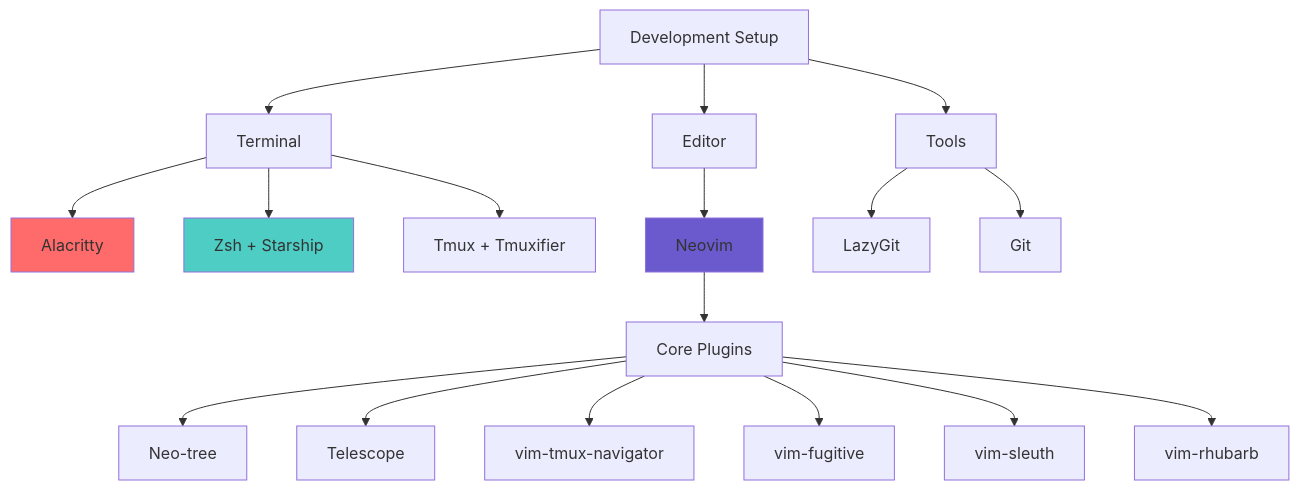
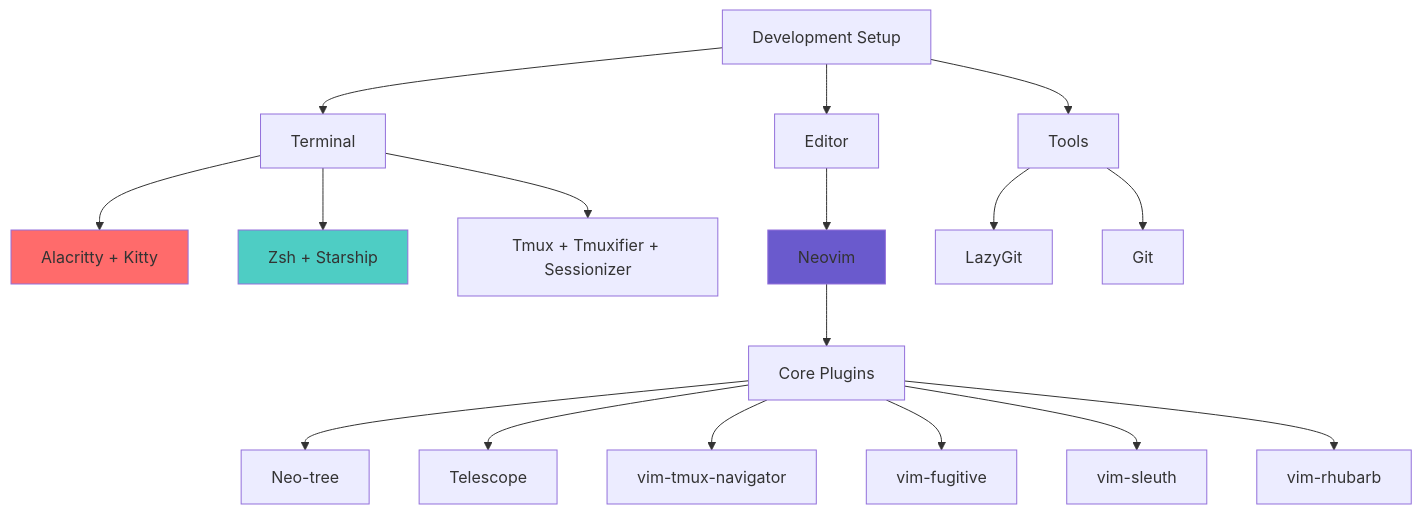
The second of 2 diagrams in README.md (santoshxshrestha/santoshxshrestha), drawn with Mermaid before and after one commit.

````diff
--- a/README.md
+++ b/README.md
@@ -121,22 +121,22 @@
 ```mermaid
 graph TD
     A[Development Setup] --> B[Terminal]
     A --> C[Editor]
     A --> D[Tools]
-    B --> E[Alacritty]
+    B --> E[Alacritty + Kitty]
     B --> F[Zsh + Starship]
-    B --> G[Tmux + Tmuxifier]
+    B --> G[Tmux + Tmuxifier + Sessionizer]
     C --> H[Neovim]
     H --> I[Core Plugins]
     I --> J[Neo-tree]
     I --> K[Telescope]
     I --> L[vim-tmux-navigator]
     I --> M[vim-fugitive]
     I --> N[vim-sleuth]
     I --> O[vim-rhubarb]
     D --> P[LazyGit]
     D --> Q[Git]
     style H fill:#6A5ACD
     style E fill:#FF6B6B
     style F fill:#4ECDC4
 ```
````
